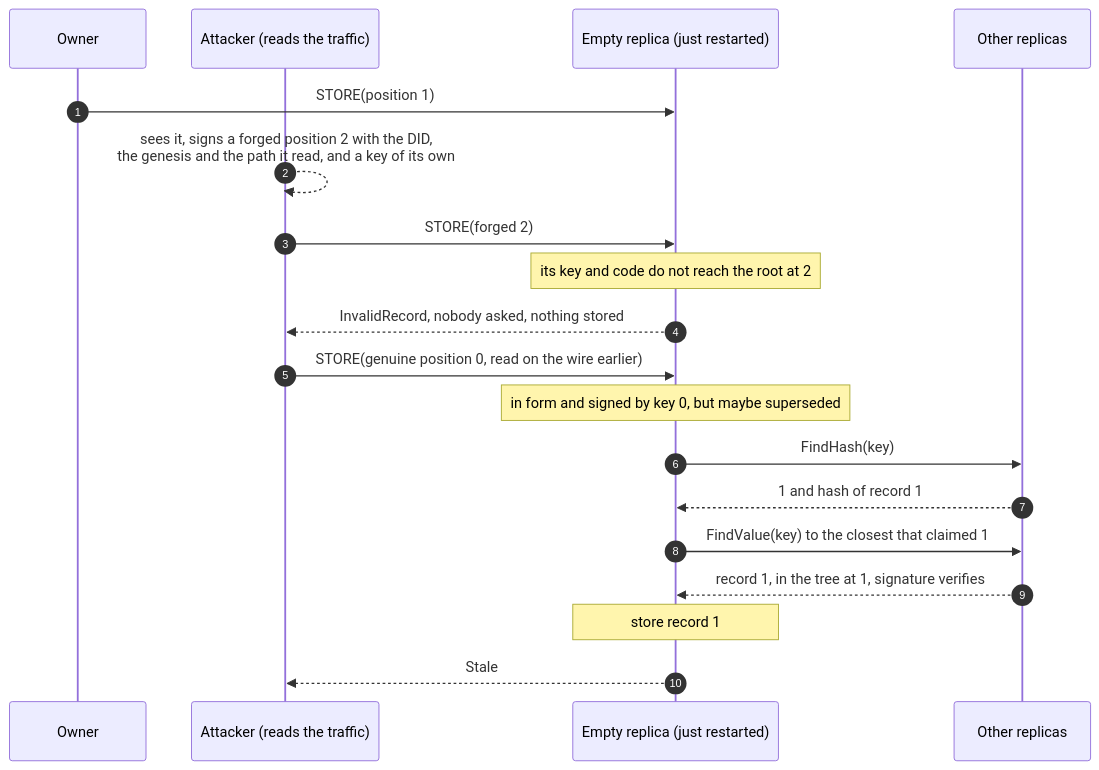
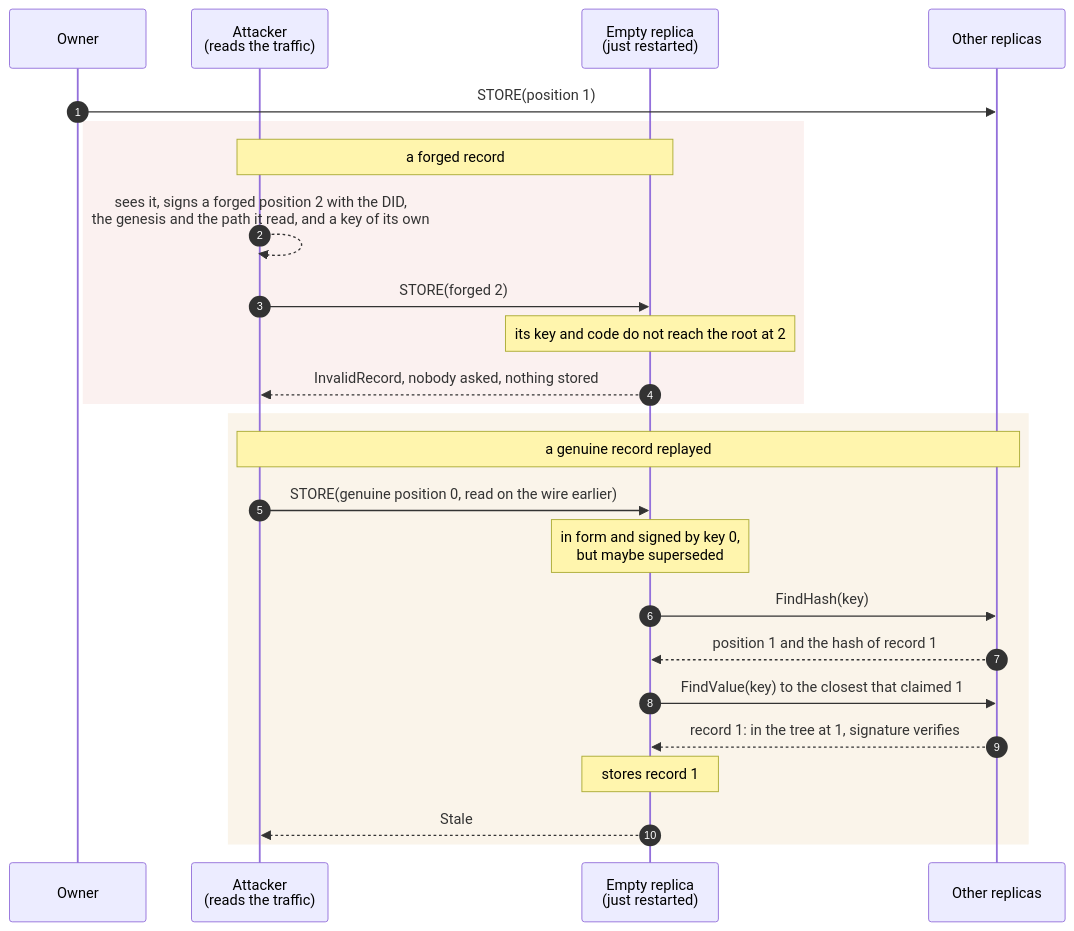
The diagram in docs/design/attack.mmd (fratrung/auth-kademlia-rs), drawn with Mermaid before and after one commit. The commit also changed 28 other files, not shown here.

```diff
--- a/docs/design/attack.mmd
+++ b/docs/design/attack.mmd
@@ -1,19 +1,25 @@
 sequenceDiagram
     autonumber
     participant O as Owner
-    participant A as Attacker (reads the traffic)
-    participant E as Empty replica (just restarted)
+    participant A as Attacker<br/>(reads the traffic)
+    participant E as Empty replica<br/>(just restarted)
     participant H as Other replicas
-    O->>E: STORE(position 1)
+    O->>H: STORE(position 1)
+    rect rgba(192, 57, 43, 0.07)
+    Note over A,E: a forged record
     A-->>A: sees it, signs a forged position 2 with the DID,<br/>the genesis and the path it read, and a key of its own
     A->>E: STORE(forged 2)
     Note over E: its key and code do not reach the root at 2
     E-->>A: InvalidRecord, nobody asked, nothing stored
+    end
+    rect rgba(201, 138, 27, 0.09)
+    Note over A,H: a genuine record replayed
     A->>E: STORE(genuine position 0, read on the wire earlier)
-    Note over E: in form and signed by key 0, but maybe superseded
+    Note over E: in form and signed by key 0,<br/>but maybe superseded
     E->>H: FindHash(key)
-    H-->>E: 1 and hash of record 1
+    H-->>E: position 1 and the hash of record 1
     E->>H: FindValue(key) to the closest that claimed 1
-    H-->>E: record 1, in the tree at 1, signature verifies
-    Note over E: store record 1
+    H-->>E: record 1: in the tree at 1, signature verifies
+    Note over E: stores record 1
     E-->>A: Stale
+    end
```
